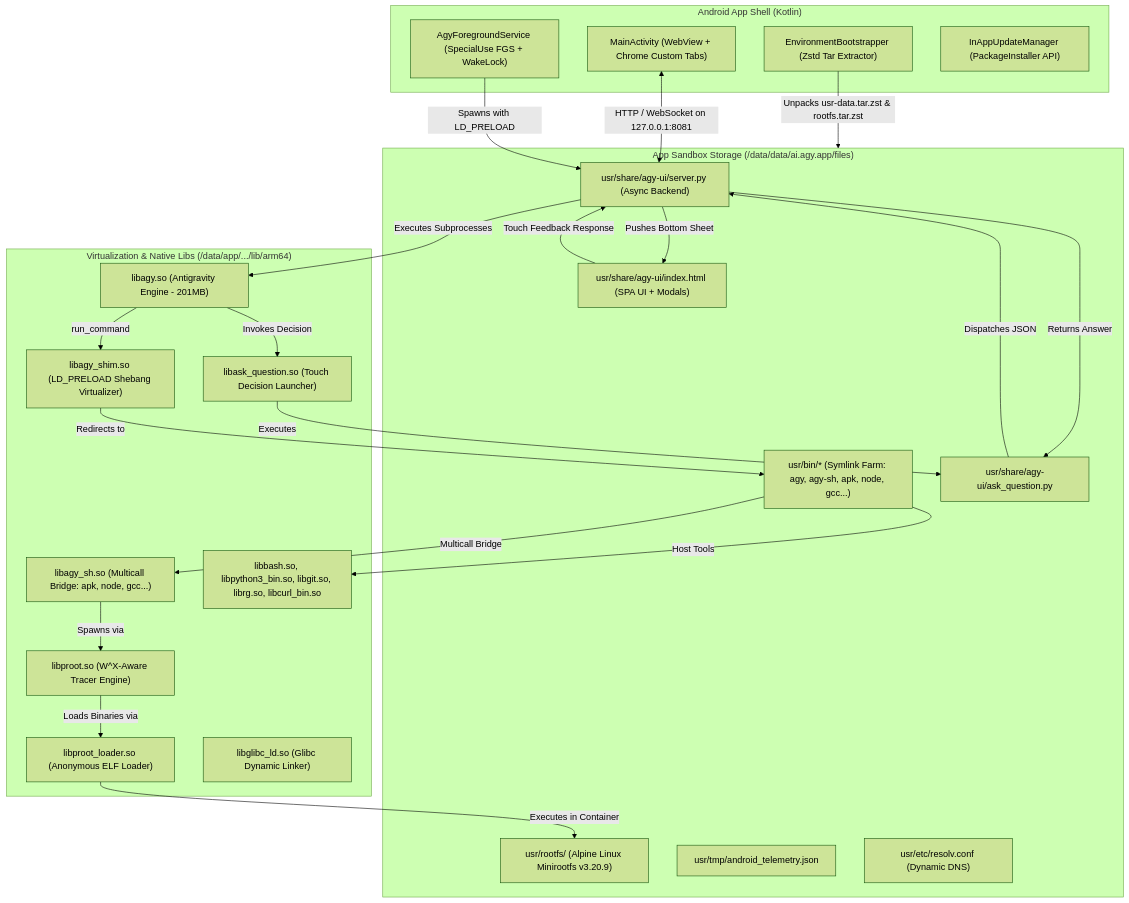
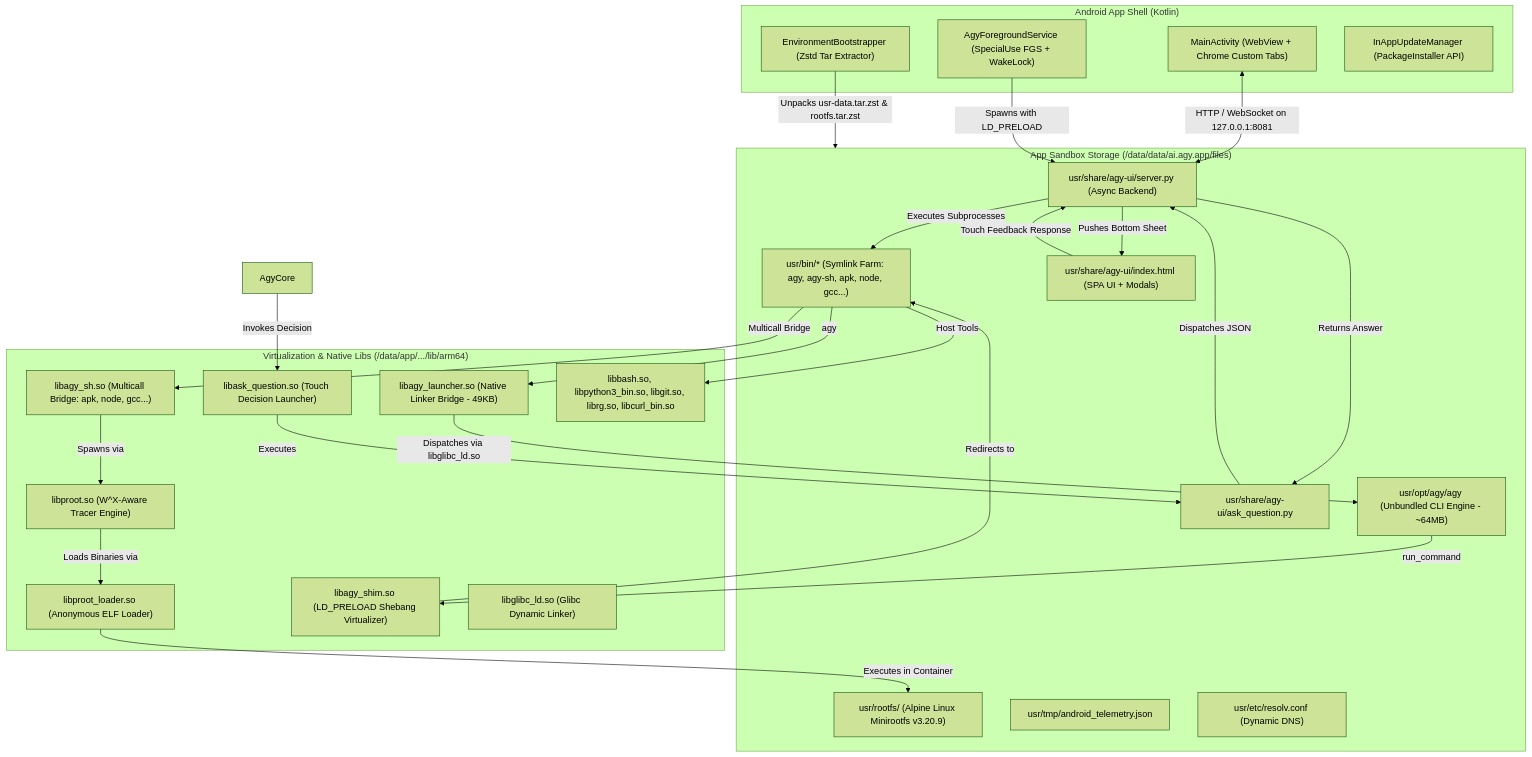
Before and after one commit to MisterMoeGreen/Antigravity-Studio-App: the diagram in README.md, drawn with Mermaid (forest theme). The commit also changed other lines of this file and 10 other files, not shown here.

Commit message:
feat(engine): unbundle agy binary, add on-demand zero-mutation dispatch and dual-track updates (v1.7.0)

````diff
--- a/README.md
+++ b/README.md
@@ -76,51 +76,54 @@
 ```mermaid
 flowchart TD
     subgraph UI ["Android App Shell (Kotlin)"]
         Activity["MainActivity (WebView + Chrome Custom Tabs)"]
         Service["AgyForegroundService (SpecialUse FGS + WakeLock)"]
         Bootstrapper["EnvironmentBootstrapper (Zstd Tar Extractor)"]
         Updater["InAppUpdateManager (PackageInstaller API)"]
     end
 
     subgraph NativeLibs ["Virtualization & Native Libs (/data/app/.../lib/arm64)"]
-        AgyCore["libagy.so (Antigravity Engine - 201MB)"]
+        AgyLauncher["libagy_launcher.so (Native Linker Bridge - 49KB)"]
         PRoot["libproot.so (W^X-Aware Tracer Engine)"]
         AnonLoader["libproot_loader.so (Anonymous ELF Loader)"]
         Bridge["libagy_sh.so (Multicall Bridge: apk, node, gcc...)"]
         Shim["libagy_shim.so (LD_PRELOAD Shebang Virtualizer)"]
         AskLauncher["libask_question.so (Touch Decision Launcher)"]
         GlibcLd["libglibc_ld.so (Glibc Dynamic Linker)"]
         HostTools["libbash.so, libpython3_bin.so, libgit.so, librg.so, libcurl_bin.so"]
     end
 
     subgraph Sandbox ["App Sandbox Storage (/data/data/ai.agy.app/files)"]
         UsrBin["usr/bin/* (Symlink Farm: agy, agy-sh, apk, node, gcc...)"]
+        AgyEngine["usr/opt/agy/agy (Unbundled CLI Engine - ~64MB)"]
         UsrRootfs["usr/rootfs/ (Alpine Linux Minirootfs v3.20.9)"]
         Telemetry["usr/tmp/android_telemetry.json"]
         Resolv["usr/etc/resolv.conf (Dynamic DNS)"]
         ServerPy["usr/share/agy-ui/server.py (Async Backend)"]
         AskBridge["usr/share/agy-ui/ask_question.py"]
         WebAssets["usr/share/agy-ui/index.html (SPA UI + Modals)"]
     end
 
     Activity <-->|HTTP / WebSocket on 127.0.0.1:8081| ServerPy
     Service -->|Spawns with LD_PRELOAD| ServerPy
-    ServerPy -->|Executes Subprocesses| AgyCore
-    AgyCore -->|run_command| Shim
+    ServerPy -->|Executes Subprocesses| UsrBin
+    UsrBin -->|agy| AgyLauncher
+    AgyLauncher -->|Dispatches via libglibc_ld.so| AgyEngine
+    AgyEngine -->|run_command| Shim
     Shim -->|Redirects to| UsrBin
 
     UsrBin -->|Host Tools| HostTools
     UsrBin -->|Multicall Bridge| Bridge
     Bridge -->|Spawns via| PRoot
     PRoot -->|Loads Binaries via| AnonLoader
     AnonLoader -->|Executes in Container| UsrRootfs
 
     AgyCore -->|Invokes Decision| AskLauncher
     AskLauncher -->|Executes| AskBridge
     AskBridge -->|Dispatches JSON| ServerPy
     ServerPy -->|Pushes Bottom Sheet| WebAssets
     WebAssets -->|Touch Feedback Response| ServerPy
     ServerPy -->|Returns Answer| AskBridge
 
     Bootstrapper -->|Unpacks usr-data.tar.zst & rootfs.tar.zst| Sandbox
 ```
````
